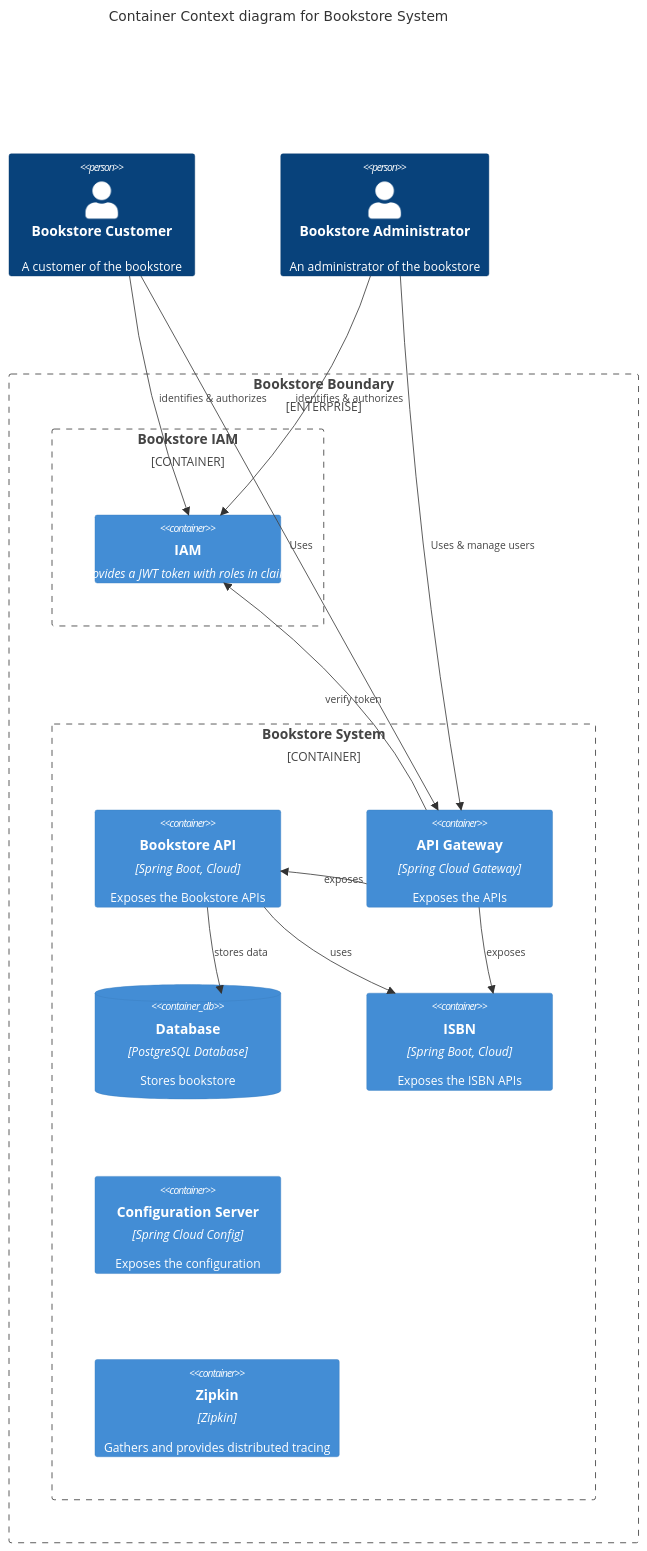
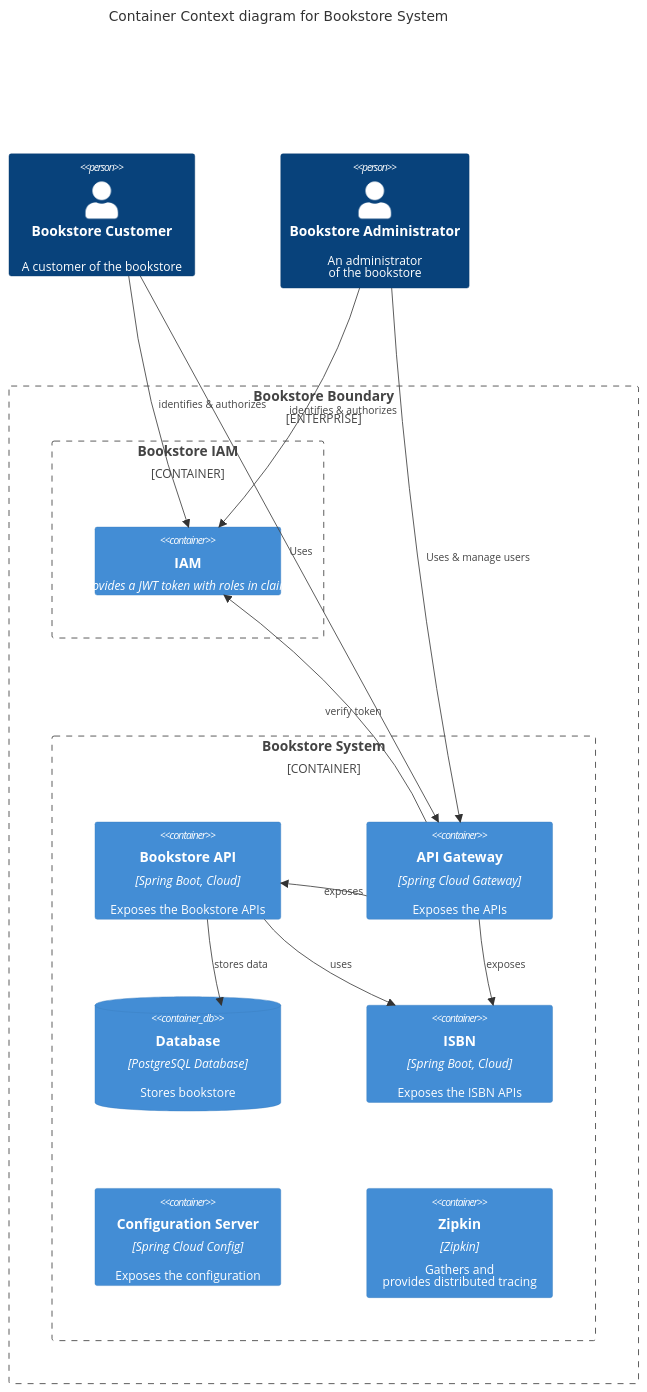
Before and after one commit to alexandre-touret/rest-apis-versioning-solution-old: the second of 3 diagrams in README.md, drawn with Mermaid.

````diff
--- a/README.md
+++ b/README.md
@@ -43,34 +43,34 @@
 ```mermaid
 C4Container
       title Container Context diagram for Bookstore System
 
 
       Person(customerA, "Bookstore Customer", "A customer of the bookstore") 
-      Person(adminA, "Bookstore Administrator", "An administrator of the bookstore") 
+      Person(adminA, "Bookstore Administrator", "An administrator <br/> of the bookstore") 
 
       Enterprise_Boundary(b0, "Bookstore Boundary") {
         Container_Boundary(b2,"Bookstore IAM"){
           Container(iam,"IAM","Provides a JWT token with roles in claims")
 
                }
         Container_Boundary(b1,"Bookstore System"){
             Container(bookstoreApi,"Bookstore API","Spring Boot, Cloud","Exposes the Bookstore APIs")
             Container(gateway,"API Gateway","Spring Cloud Gateway","Exposes the APIs")
             ContainerDb(database, "Database", "PostgreSQL Database", "Stores bookstore")
             Container(isbnApi,"ISBN","Spring Boot, Cloud","Exposes the ISBN APIs")
             Container(configuration,"Configuration Server","Spring Cloud Config","Exposes the configuration")
-            Container(zipkin,"Zipkin","Zipkin","Gathers and provides distributed tracing")
+            Container(zipkin,"Zipkin","Zipkin","Gathers and <br/> provides distributed tracing")
         }
       }
 
       Rel(customerA,gateway, "Uses")
       Rel(adminA, gateway, "Uses & manage users")
       Rel(customerA, iam, "identifies & authorizes")
       Rel(adminA, iam, "identifies & authorizes")
       Rel(gateway, iam, "verify token")
       Rel(gateway, bookstoreApi, "exposes")
       Rel(gateway, isbnApi, "exposes")
       Rel(bookstoreApi, isbnApi, "uses")
       Rel(bookstoreApi, database, "stores data")
       UpdateLayoutConfig($c4ShapeInRow="3", $c4BoundaryInRow="1")
 ```
````
